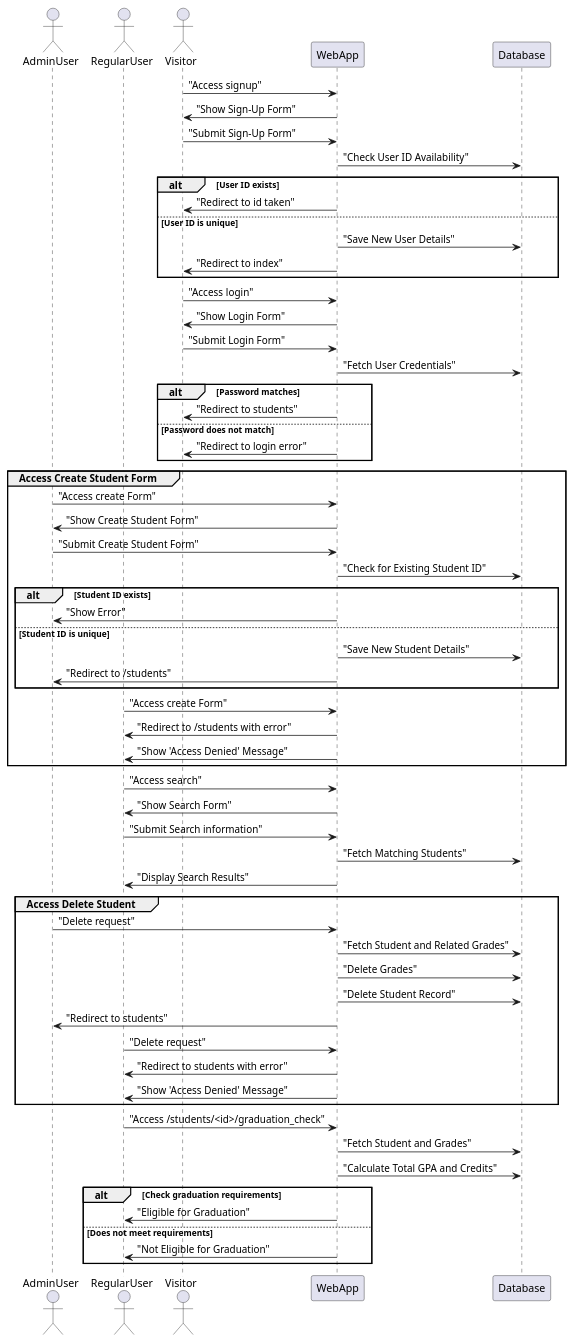
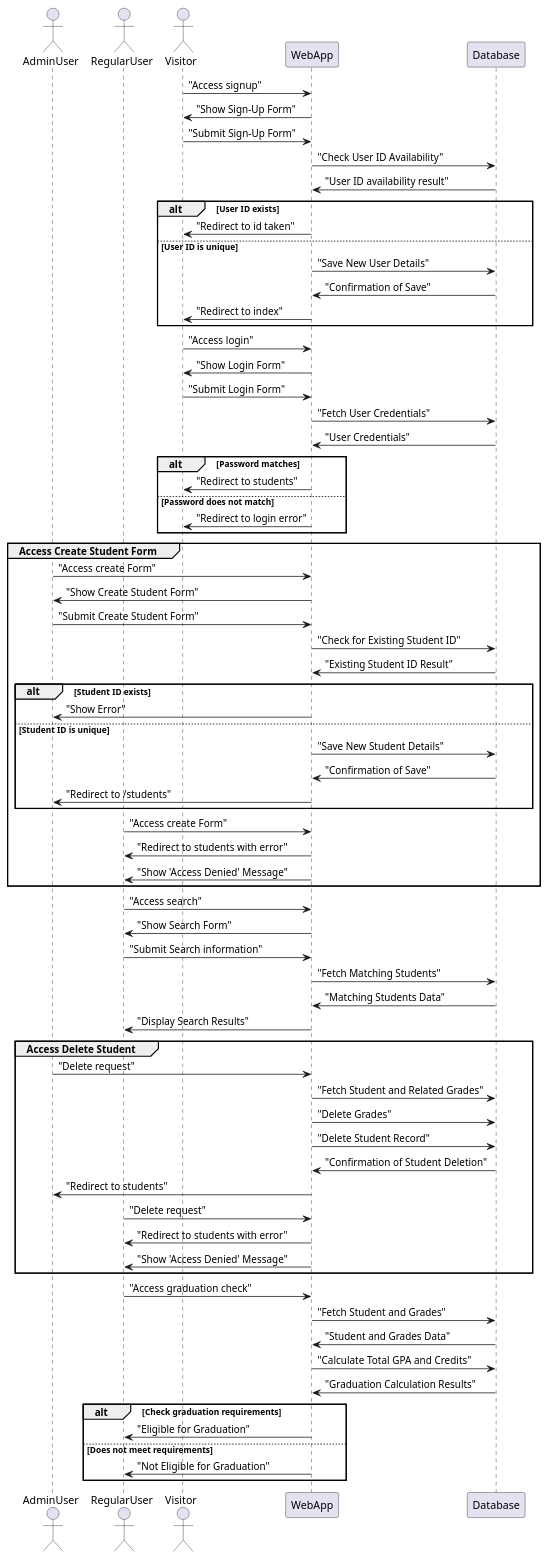
The diagram in uml/sequence.wsd (msu-denver/project-3-student-management-blueteam), drawn with PlantUML before and after one commit. The commit also changed 4 other files, not shown here.

```diff
--- a/uml/sequence.wsd
+++ b/uml/sequence.wsd
@@ -1,75 +1,84 @@
 @startuml
 
 actor AdminUser
 actor RegularUser
 actor Visitor
 participant WebApp as App
 participant Database as DB
 
-
 Visitor -> App: "Access signup"
 App -> Visitor: "Show Sign-Up Form"
 Visitor -> App: "Submit Sign-Up Form"
 App -> DB: "Check User ID Availability"
+DB -> App: "User ID availability result"
 alt User ID exists
     App -> Visitor: "Redirect to id taken"
 else User ID is unique
     App -> DB: "Save New User Details"
+    DB -> App: "Confirmation of Save"
     App -> Visitor: "Redirect to index"
 end
 
 Visitor -> App: "Access login"
 App -> Visitor: "Show Login Form"
 Visitor -> App: "Submit Login Form"
 App -> DB: "Fetch User Credentials"
+DB -> App: "User Credentials"
 alt Password matches
     App -> Visitor: "Redirect to students"
 else Password does not match
     App -> Visitor: "Redirect to login error"
 end
 
 group Access Create Student Form
     AdminUser -> App: "Access create Form"
     App -> AdminUser: "Show Create Student Form"
     AdminUser -> App: "Submit Create Student Form"
     App -> DB: "Check for Existing Student ID"
+    DB -> App: "Existing Student ID Result"
     alt Student ID exists
         App -> AdminUser: "Show Error"
     else Student ID is unique
         App -> DB: "Save New Student Details"
+        DB -> App: "Confirmation of Save"
         App -> AdminUser: "Redirect to /students"
     end
 
     RegularUser -> App: "Access create Form"
-    App -> RegularUser: "Redirect to /students with error"
+    App -> RegularUser: "Redirect to students with error"
     App -> RegularUser: "Show 'Access Denied' Message"
 end
 
 RegularUser -> App: "Access search"
 App -> RegularUser: "Show Search Form"
 RegularUser -> App: "Submit Search information"
 App -> DB: "Fetch Matching Students"
+DB -> App: "Matching Students Data"
 App -> RegularUser: "Display Search Results"
 
 group Access Delete Student
     AdminUser -> App: "Delete request"
     App -> DB: "Fetch Student and Related Grades"
     App -> DB: "Delete Grades"
     App -> DB: "Delete Student Record"
+    DB -> App: "Confirmation of Student Deletion"
     App -> AdminUser: "Redirect to students"
 
     RegularUser -> App: "Delete request"
     App -> RegularUser: "Redirect to students with error"
     App -> RegularUser: "Show 'Access Denied' Message"
 end
 
-RegularUser -> App: "Access /students/<id>/graduation_check"
+RegularUser -> App: "Access graduation check"
 App -> DB: "Fetch Student and Grades"
+DB -> App: "Student and Grades Data"
 App -> DB: "Calculate Total GPA and Credits"
+DB -> App: "Graduation Calculation Results"
+
 alt Check graduation requirements
     App -> RegularUser: "Eligible for Graduation"
 else Does not meet requirements
     App -> RegularUser: "Not Eligible for Graduation"
 end
 
 @enduml
```
